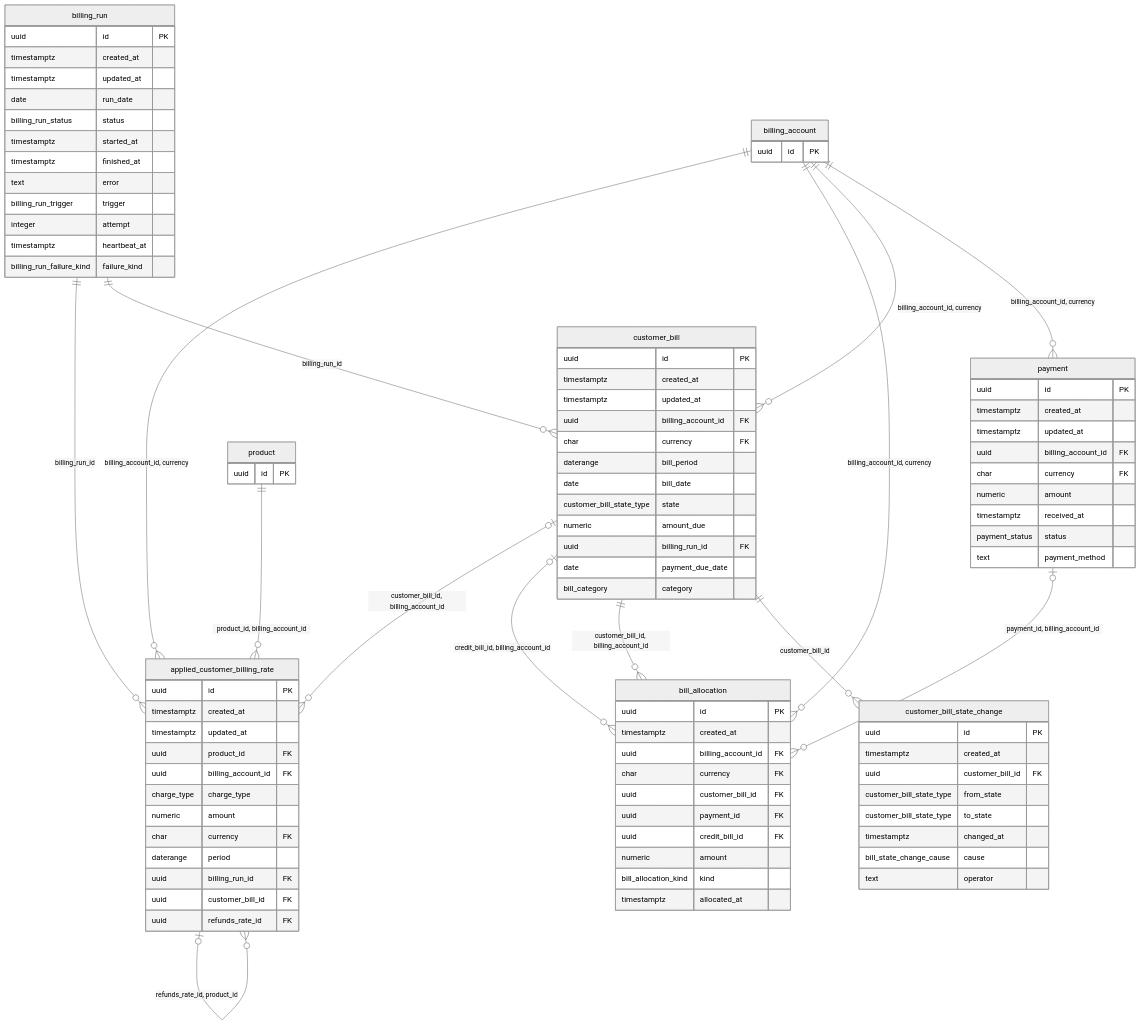
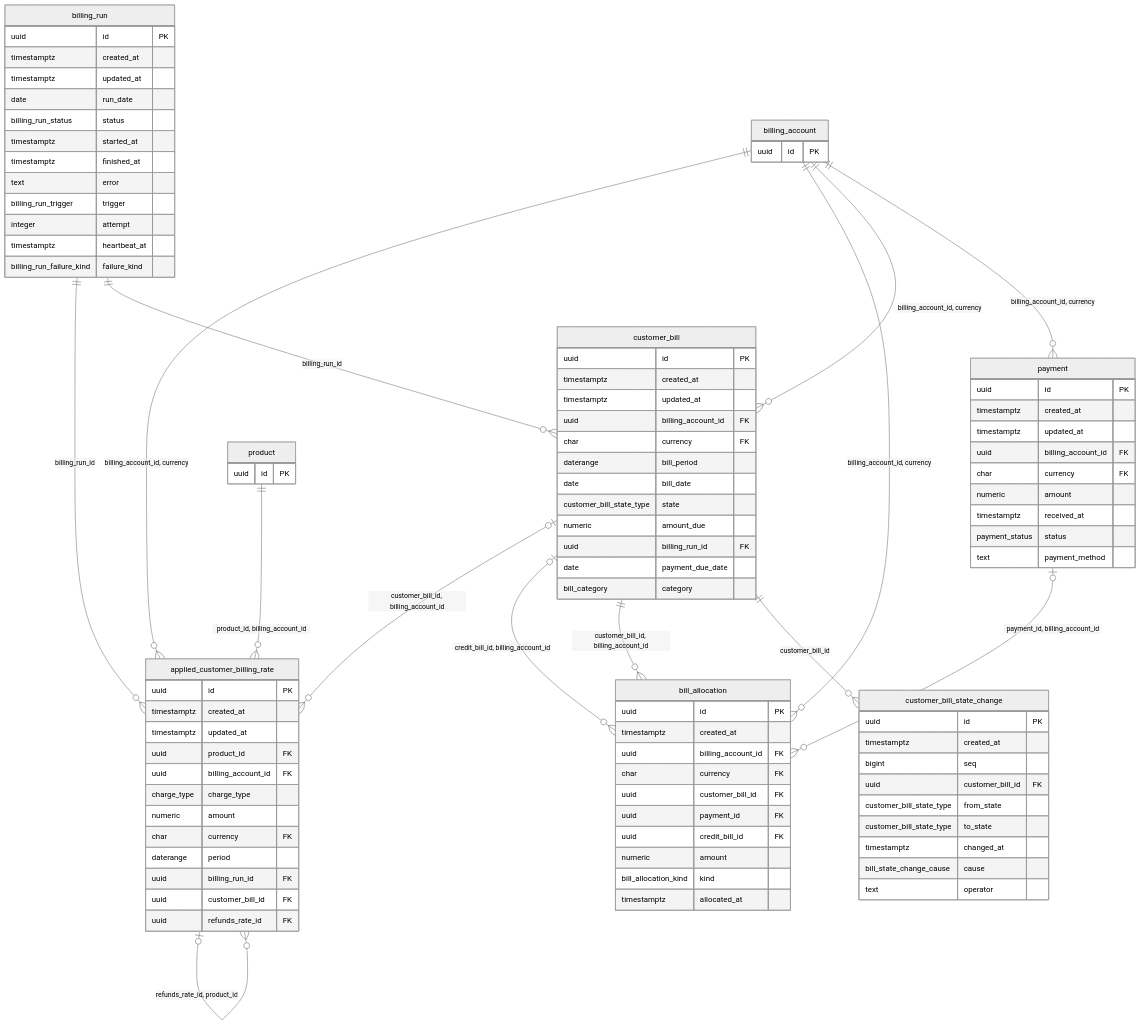
Before and after one commit to altharmz/bss: the sixth of 7 diagrams in docs/db/README.md, drawn with Mermaid (neutral theme). The commit also changed 12 other files, not shown here.

```diff
--- a/docs/db/README.md
+++ b/docs/db/README.md
@@ -333,6 +333,7 @@
   customer_bill_state_change {
     uuid id PK
     timestamptz created_at
+    bigint seq
     uuid customer_bill_id FK
     customer_bill_state_type from_state
     customer_bill_state_type to_state
```
